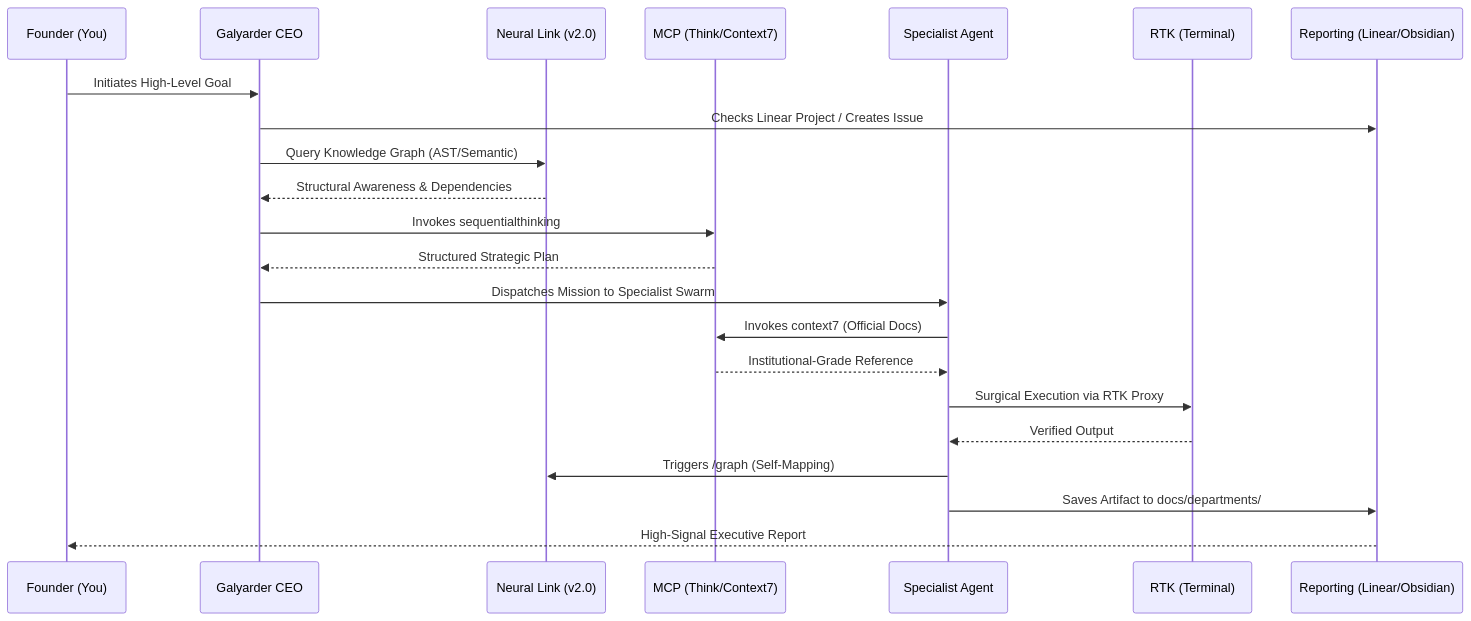
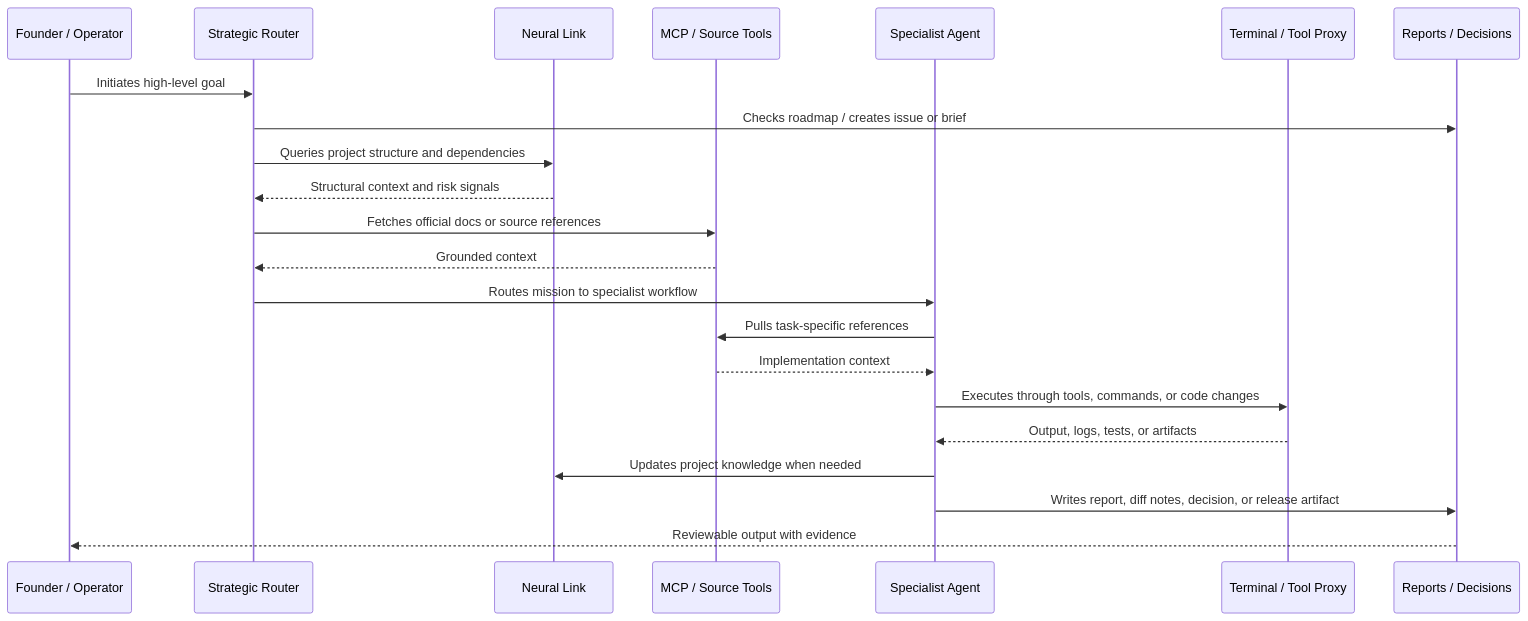
Before and after one commit to galyarderlabs/galyarder-framework: the diagram in README.md, drawn with Mermaid. The commit also changed other lines of this file, not shown here.

````diff
--- a/README.md
+++ b/README.md
@@ -64,25 +91,25 @@
 ```mermaid
 sequenceDiagram
-    participant F as Founder (You)
-    participant CEO as Galyarder CEO
-    participant Graph as Neural Link (v2.0)
-    participant MCP as MCP (Think/Context7)
+    participant F as Founder / Operator
+    participant CEO as Strategic Router
+    participant Graph as Neural Link
+    participant MCP as MCP / Source Tools
     participant Agent as Specialist Agent
-    participant RTK as RTK (Terminal)
-    participant Docs as Reporting (Linear/Obsidian)
+    participant RTK as Terminal / Tool Proxy
+    participant Docs as Reports / Decisions
 
-    F->>CEO: Initiates High-Level Goal
-    CEO->>Docs: Checks Linear Project / Creates Issue
-    CEO->>Graph: Query Knowledge Graph (AST/Semantic)
-    Graph-->>CEO: Structural Awareness & Dependencies
-    CEO->>MCP: Invokes sequentialthinking
-    MCP-->>CEO: Structured Strategic Plan
-    CEO->>Agent: Dispatches Mission to Specialist Swarm
-    Agent->>MCP: Invokes context7 (Official Docs)
-    MCP-->>Agent: Institutional-Grade Reference
-    Agent->>RTK: Surgical Execution via RTK Proxy
-    RTK-->>Agent: Verified Output
-    Agent->>Graph: Triggers /graph (Self-Mapping)
-    Agent->>Docs: Saves Artifact to docs/departments/
-    Docs-->>F: High-Signal Executive Report
+    F->>CEO: Initiates high-level goal
+    CEO->>Docs: Checks roadmap / creates issue or brief
+    CEO->>Graph: Queries project structure and dependencies
+    Graph-->>CEO: Structural context and risk signals
+    CEO->>MCP: Fetches official docs or source references
+    MCP-->>CEO: Grounded context
+    CEO->>Agent: Routes mission to specialist workflow
+    Agent->>MCP: Pulls task-specific references
+    MCP-->>Agent: Implementation context
+    Agent->>RTK: Executes through tools, commands, or code changes
+    RTK-->>Agent: Output, logs, tests, or artifacts
+    Agent->>Graph: Updates project knowledge when needed
+    Agent->>Docs: Writes report, diff notes, decision, or release artifact
+    Docs-->>F: Reviewable output with evidence
 ```
````
